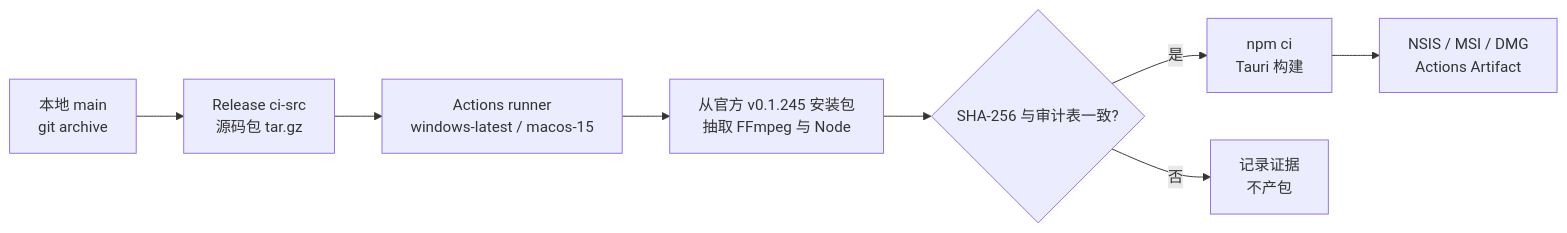
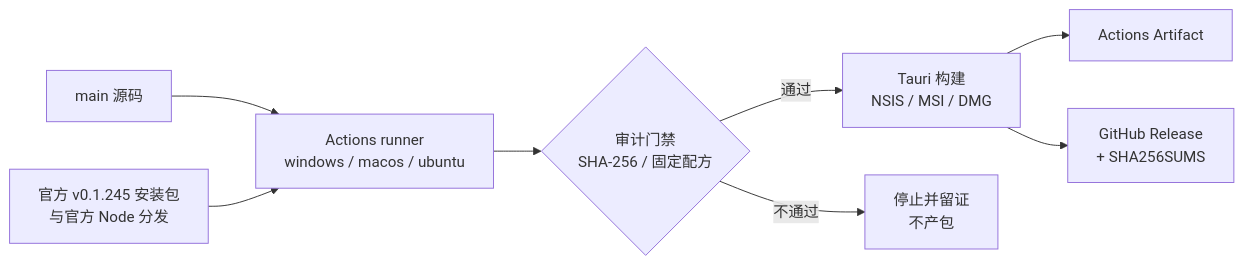
Before and after one commit to laochenfei233/HachimoDock-beautiful: the diagram in README.md, drawn with Mermaid. The commit also changed other lines of this file, not shown here.

First line of the commit message:
docs(readme): feature overview for the 0.1.245-rc.1 release set

````diff
--- a/README.md
+++ b/README.md
@@ -54,10 +62,10 @@
 ```mermaid
 flowchart LR
-  A["本地 main<br/>git archive"] --> B["Release ci-src<br/>源码包 tar.gz"]
-  B --> C["Actions runner<br/>windows-latest / macos-15"]
-  C --> D["从官方 v0.1.245 安装包<br/>抽取 FFmpeg 与 Node"]
-  D --> E{"SHA-256 与审计表一致?"}
-  E -->|"是"| F["npm ci<br/>Tauri 构建"]
-  E -->|"否"| G["记录证据<br/>不产包"]
-  F --> H["NSIS / MSI / DMG<br/>Actions Artifact"]
+  A["main 源码"] --> C["Actions runner<br/>windows / macos / ubuntu"]
+  B["官方 v0.1.245 安装包<br/>与官方 Node 分发"] --> C
+  C --> D{"审计门禁<br/>SHA-256 / 固定配方"}
+  D -->|"通过"| E["Tauri 构建<br/>NSIS / MSI / DMG"]
+  D -->|"不通过"| G["停止并留证<br/>不产包"]
+  E --> H["Actions Artifact"]
+  E --> I["GitHub Release<br/>+ SHA256SUMS"]
 ```
````
